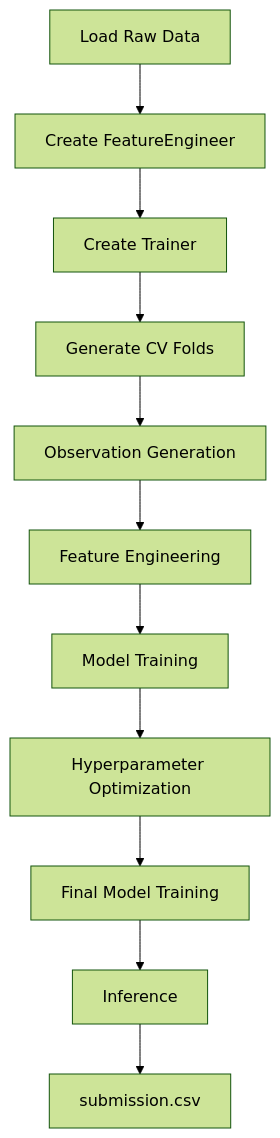
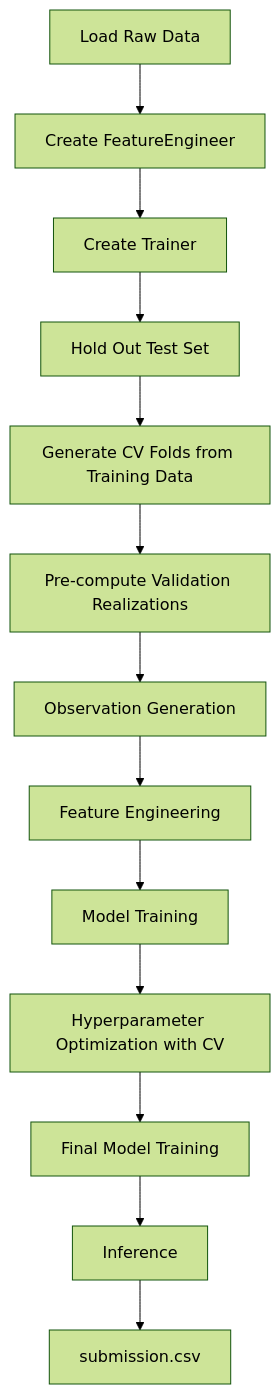
Before and after one commit to Pascal-Fortin/geoai_aquaculture: the second of 10 diagrams in docs/architecture/training_pipeline.md, drawn with Mermaid (forest theme). The commit also changed other lines of this file and 1 other file, not shown here.

````diff
--- a/docs/architecture/training_pipeline.md
+++ b/docs/architecture/training_pipeline.md
@@ -103,13 +106,15 @@
 ```mermaid
 flowchart TD
     A[Load Raw Data] --> B[Create FeatureEngineer]
     B --> C[Create Trainer]
-    C --> D[Generate CV Folds]
-    D --> E[Observation Generation]
-    E --> F[Feature Engineering]
-    F --> G[Model Training]
-    G --> H[Hyperparameter Optimization]
-    H --> I[Final Model Training]
-    I --> J[Inference]
-    J --> K[submission.csv]
+    C --> D[Hold Out Test Set]
+    D --> E[Generate CV Folds from Training Data]
+    E --> F[Pre-compute Validation Realizations]
+    F --> G[Observation Generation]
+    G --> H[Feature Engineering]
+    H --> I[Model Training]
+    I --> J[Hyperparameter Optimization with CV]
+    J --> K[Final Model Training]
+    K --> L[Inference]
+    L --> M[submission.csv]
 ```
````
